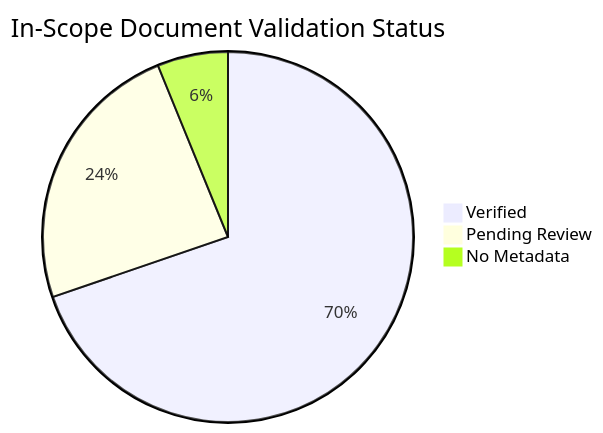
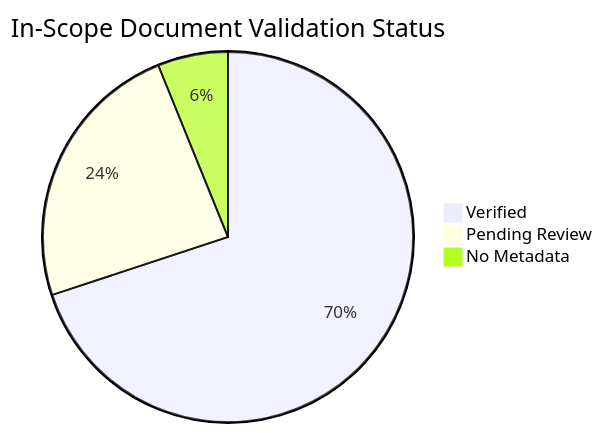
The diagram in docs/reference/content-validation-status.md (yeongseon/azure-container-apps-practical-guide), drawn with Mermaid before and after one commit. The commit also changed other lines of this file and 4 other files, not shown here.

````diff
--- a/docs/reference/content-validation-status.md
+++ b/docs/reference/content-validation-status.md
@@ -25,6 +25,6 @@
 ```mermaid
 pie title In-Scope Document Validation Status
-    "Verified" : 113
+    "Verified" : 114
     "Pending Review" : 39
     "No Metadata" : 10
 ```
````
